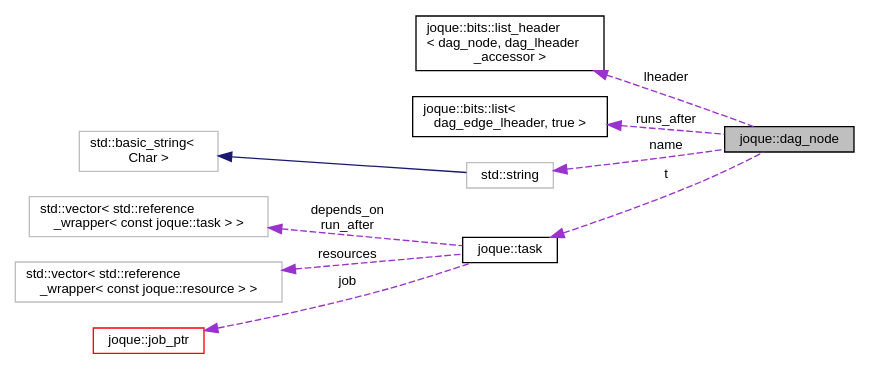
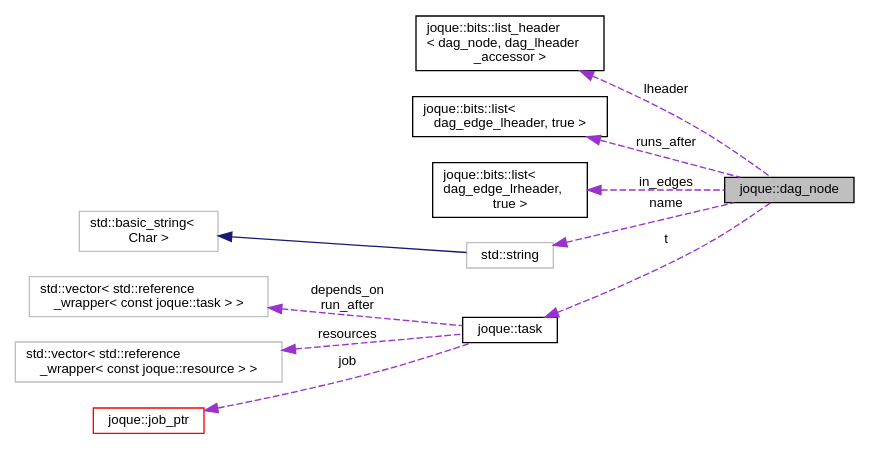
The diagram in structjoque_1_1dag__node__coll__graph.dot (koniarik/joque), drawn with Graphviz before and after one commit. The commit also changed 180 other files, not shown here.

```diff
--- a/structjoque_1_1dag__node__coll__graph.dot
+++ b/structjoque_1_1dag__node__coll__graph.dot
@@ -1,24 +1,26 @@
 digraph "joque::dag_node"
 {
  // LATEX_PDF_SIZE
   edge [fontname="Helvetica",fontsize="10",labelfontname="Helvetica",labelfontsize="10"];
   node [fontname="Helvetica",fontsize="10",shape=record];
   rankdir="LR";
   Node1 [label="joque::dag_node",height=0.2,width=0.4,color="black", fillcolor="grey75", style="filled", fontcolor="black",tooltip="Node representing all execution-related information for one task."];
   Node2 -> Node1 [dir="back",color="darkorchid3",fontsize="10",style="dashed",label=" lheader" ,fontname="Helvetica"];
   Node2 [label="joque::bits::list_header\l\< dag_node, dag_lheader\l_accessor \>",height=0.2,width=0.4,color="black", fillcolor="white", style="filled",URL="$structjoque_1_1bits_1_1list__header.html",tooltip=" "];
   Node3 -> Node1 [dir="back",color="darkorchid3",fontsize="10",style="dashed",label=" runs_after" ,fontname="Helvetica"];
   Node3 [label="joque::bits::list\<\l dag_edge_lheader, true \>",height=0.2,width=0.4,color="black", fillcolor="white", style="filled",URL="$classjoque_1_1bits_1_1list.html",tooltip=" "];
-  Node4 -> Node1 [dir="back",color="darkorchid3",fontsize="10",style="dashed",label=" name" ,fontname="Helvetica"];
-  Node4 [label="std::string",height=0.2,width=0.4,color="grey75", fillcolor="white", style="filled",tooltip=" "];
-  Node5 -> Node4 [dir="back",color="midnightblue",fontsize="10",style="solid",fontname="Helvetica"];
-  Node5 [label="std::basic_string\<\l Char \>",height=0.2,width=0.4,color="grey75", fillcolor="white", style="filled",tooltip=" "];
-  Node6 -> Node1 [dir="back",color="darkorchid3",fontsize="10",style="dashed",label=" t" ,fontname="Helvetica"];
-  Node6 [label="joque::task",height=0.2,width=0.4,color="black", fillcolor="white", style="filled",URL="$namespacejoque.html#structjoque_1_1task",tooltip="Single task that should be executed by the system."];
-  Node7 -> Node6 [dir="back",color="darkorchid3",fontsize="10",style="dashed",label=" depends_on\nrun_after" ,fontname="Helvetica"];
-  Node7 [label="std::vector\< std::reference\l_wrapper\< const joque::task \> \>",height=0.2,width=0.4,color="grey75", fillcolor="white", style="filled",tooltip=" "];
-  Node8 -> Node6 [dir="back",color="darkorchid3",fontsize="10",style="dashed",label=" resources" ,fontname="Helvetica"];
-  Node8 [label="std::vector\< std::reference\l_wrapper\< const joque::resource \> \>",height=0.2,width=0.4,color="grey75", fillcolor="white", style="filled",tooltip=" "];
-  Node9 -> Node6 [dir="back",color="darkorchid3",fontsize="10",style="dashed",label=" job" ,fontname="Helvetica"];
-  Node9 [label="joque::job_ptr",height=0.2,width=0.4,color="red", fillcolor="white", style="filled",URL="$structjoque_1_1job__ptr.html",tooltip="Custom unique_ptr wrapper that simplifies syntax of tasks."];
+  Node4 -> Node1 [dir="back",color="darkorchid3",fontsize="10",style="dashed",label=" in_edges" ,fontname="Helvetica"];
+  Node4 [label="joque::bits::list\<\l dag_edge_lrheader,\l true \>",height=0.2,width=0.4,color="black", fillcolor="white", style="filled",URL="$classjoque_1_1bits_1_1list.html",tooltip=" "];
+  Node5 -> Node1 [dir="back",color="darkorchid3",fontsize="10",style="dashed",label=" name" ,fontname="Helvetica"];
+  Node5 [label="std::string",height=0.2,width=0.4,color="grey75", fillcolor="white", style="filled",tooltip=" "];
+  Node6 -> Node5 [dir="back",color="midnightblue",fontsize="10",style="solid",fontname="Helvetica"];
+  Node6 [label="std::basic_string\<\l Char \>",height=0.2,width=0.4,color="grey75", fillcolor="white", style="filled",tooltip=" "];
+  Node7 -> Node1 [dir="back",color="darkorchid3",fontsize="10",style="dashed",label=" t" ,fontname="Helvetica"];
+  Node7 [label="joque::task",height=0.2,width=0.4,color="black", fillcolor="white", style="filled",URL="$namespacejoque.html#structjoque_1_1task",tooltip="Single task that should be executed by the system."];
+  Node8 -> Node7 [dir="back",color="darkorchid3",fontsize="10",style="dashed",label=" depends_on\nrun_after" ,fontname="Helvetica"];
+  Node8 [label="std::vector\< std::reference\l_wrapper\< const joque::task \> \>",height=0.2,width=0.4,color="grey75", fillcolor="white", style="filled",tooltip=" "];
+  Node9 -> Node7 [dir="back",color="darkorchid3",fontsize="10",style="dashed",label=" resources" ,fontname="Helvetica"];
+  Node9 [label="std::vector\< std::reference\l_wrapper\< const joque::resource \> \>",height=0.2,width=0.4,color="grey75", fillcolor="white", style="filled",tooltip=" "];
+  Node10 -> Node7 [dir="back",color="darkorchid3",fontsize="10",style="dashed",label=" job" ,fontname="Helvetica"];
+  Node10 [label="joque::job_ptr",height=0.2,width=0.4,color="red", fillcolor="white", style="filled",URL="$structjoque_1_1job__ptr.html",tooltip="Custom unique_ptr wrapper that simplifies syntax of tasks."];
 }
```
